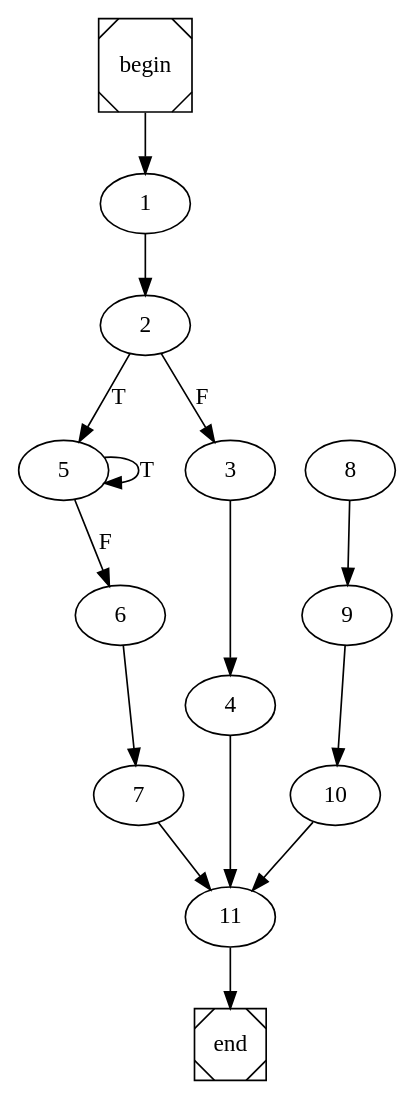
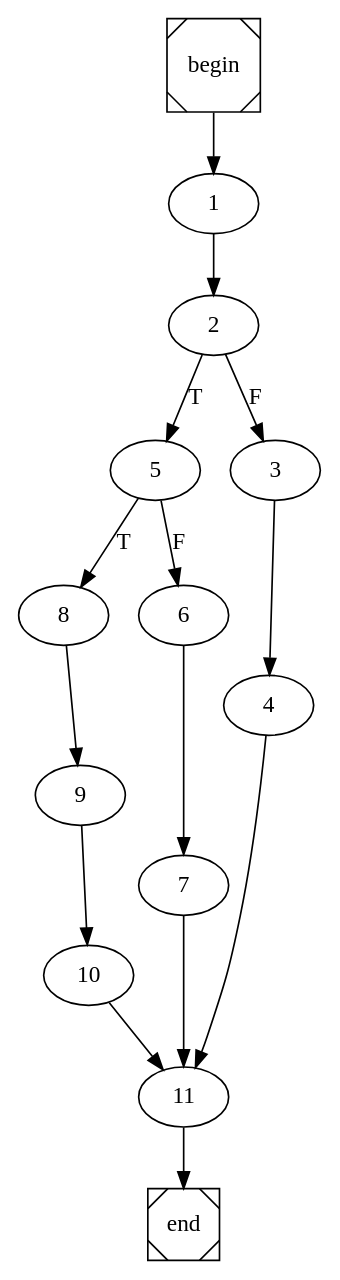
One commit to arubenruben/JMM-Compiler changed the diagram in triangleArea_int_int.dot. Above: the diagram before and after it, drawn with Graphviz. The commit also changed 9 other files, not shown here.

```diff
--- a/triangleArea_int_int.dot
+++ b/triangleArea_int_int.dot
@@ -1,4 +1,4 @@
 digraph cfg {
 	begin [shape=Msquare];
 	end [shape=Msquare];
-	begin -> 1;	1 -> 2;	2 -> 5[label=T];	2 -> 3[label=F];	3 -> 4;	4 -> 11;	5 -> 5[label=T];	5 -> 6[label=F];	6 -> 7;	7 -> 11;	8 -> 9;	9 -> 10;	10 -> 11;	11 -> end;}
+	begin -> 1;	1 -> 2;	2 -> 5[label=T];	2 -> 3[label=F];	3 -> 4;	4 -> 11;	5 -> 8[label=T];	5 -> 6[label=F];	6 -> 7;	7 -> 11;	8 -> 9;	9 -> 10;	10 -> 11;	11 -> end;}
```
